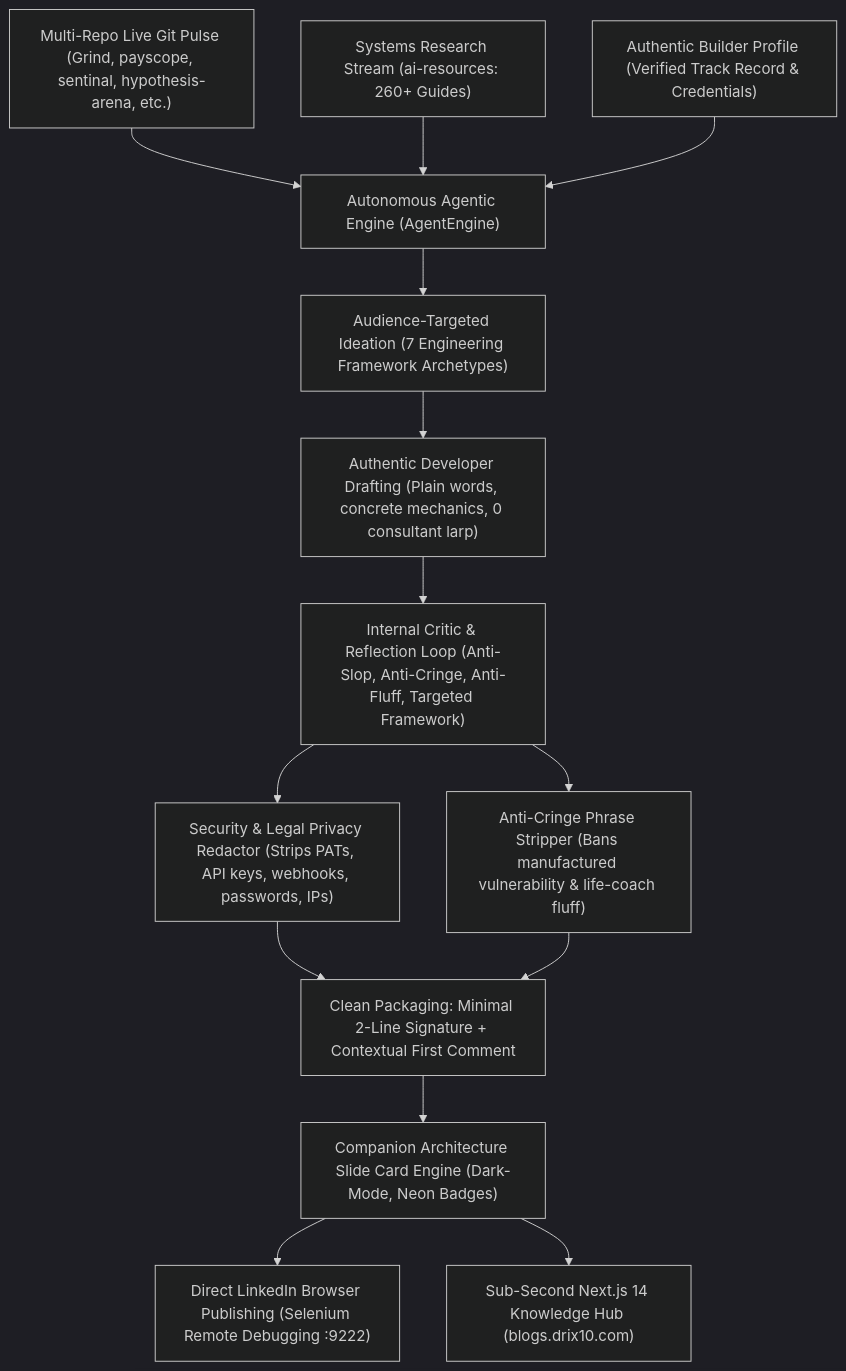
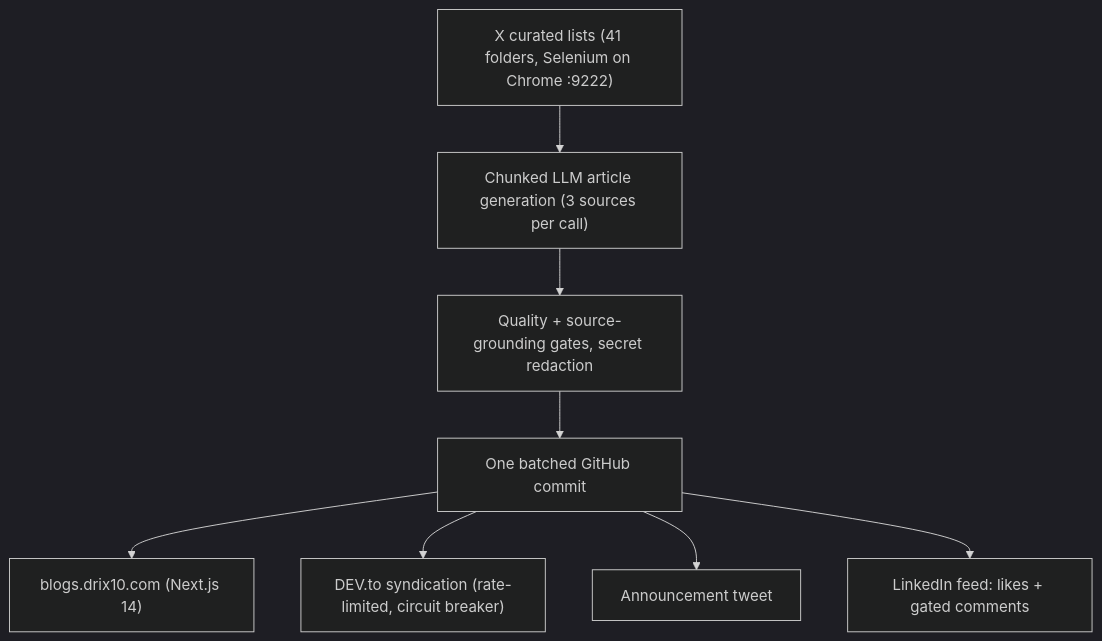
One commit to Drix10/ai-resources-pipeline changed the diagram in README.md. Above: the diagram before and after it, drawn with Mermaid (dark theme). The commit also changed other lines of this file and 15 other files, not shown here.

````diff
--- a/README.md
+++ b/README.md
@@ -33,15 +31,10 @@
 ```mermaid
 flowchart TD
-    A["Multi-Repo Live Git Pulse (Grind, payscope, sentinal, hypothesis-arena, etc.)"] --> B["Autonomous Agentic Engine (AgentEngine)"]
-    K["Systems Research Stream (ai-resources: 260+ Guides)"] --> B
-    P["Authentic Builder Profile (Verified Track Record & Credentials)"] --> B
-    B --> C["Audience-Targeted Ideation (7 Engineering Framework Archetypes)"]
-    C --> D["Authentic Developer Drafting (Plain words, concrete mechanics, 0 consultant larp)"]
-    D --> E["Internal Critic & Reflection Loop (Anti-Slop, Anti-Cringe, Anti-Fluff, Targeted Framework)"]
-    E --> F["Security & Legal Privacy Redactor (Strips PATs, API keys, webhooks, passwords, IPs)"]
-    E --> G["Anti-Cringe Phrase Stripper (Bans manufactured vulnerability & life-coach fluff)"]
-    F & G --> H["Clean Packaging: Minimal 2-Line Signature + Contextual First Comment"]
-    H --> I["Companion Architecture Slide Card Engine (Dark-Mode, Neon Badges)"]
-    I --> J["Direct LinkedIn Browser Publishing (Selenium Remote Debugging :9222)"]
-    I --> L["Sub-Second Next.js 14 Knowledge Hub (blogs.drix10.com)"]
+    A["X curated lists (41 folders, Selenium on Chrome :9222)"] --> B["Chunked LLM article generation (3 sources per call)"]
+    B --> C["Quality + source-grounding gates, secret redaction"]
+    C --> D["One batched GitHub commit"]
+    D --> E["blogs.drix10.com (Next.js 14)"]
+    D --> F["DEV.to syndication (rate-limited, circuit breaker)"]
+    D --> G["Announcement tweet"]
+    D --> H["LinkedIn feed: likes + gated comments"]
 ```
````
